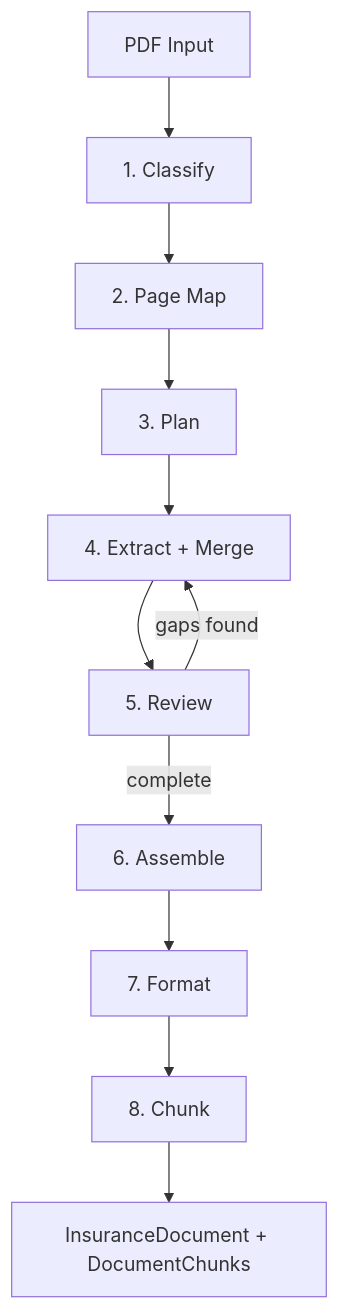
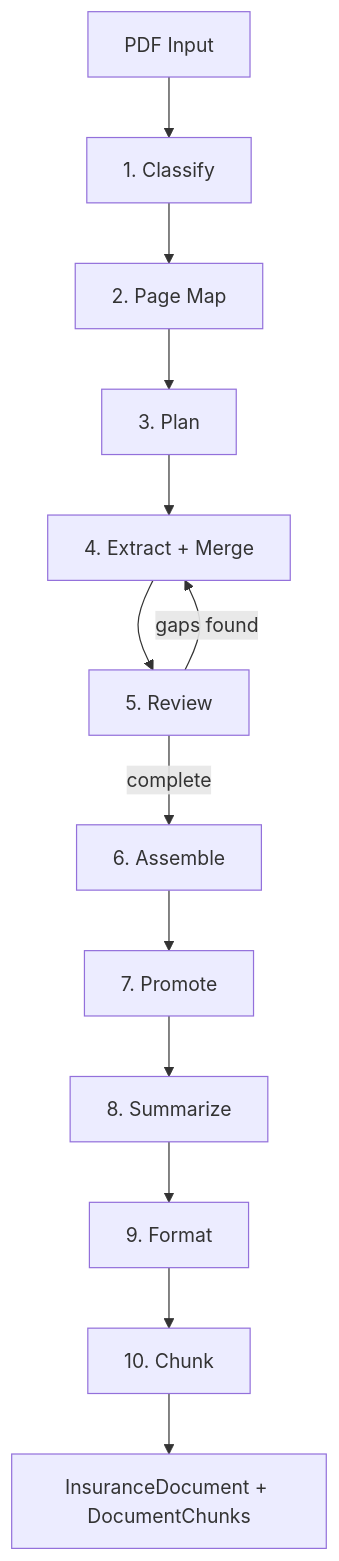
The diagram in docs-pkg/extraction/pipeline.mdx (claritylabs-inc/cl-sdk), drawn with Mermaid before and after one commit. The commit also changed other lines of this file and 11 other files, not shown here.

First line of the commit message:
feat: add declarations-to-schema promotion pass and summary generation

````diff
--- a/docs-pkg/extraction/pipeline.mdx
+++ b/docs-pkg/extraction/pipeline.mdx
@@ -38,13 +38,15 @@
 ```mermaid
 flowchart TD
     A[PDF Input] --> B[1. Classify]
     B --> C[2. Page Map]
     C --> D[3. Plan]
     D --> E[4. Extract + Merge]
     E --> F[5. Review]
     F -->|gaps found| E
     F -->|complete| G[6. Assemble]
-    G --> H[7. Format]
-    H --> I[8. Chunk]
-    I --> J[InsuranceDocument + DocumentChunks]
+    G --> H[7. Promote]
+    H --> I[8. Summarize]
+    I --> J[9. Format]
+    J --> K[10. Chunk]
+    K --> L[InsuranceDocument + DocumentChunks]
 ```
````
